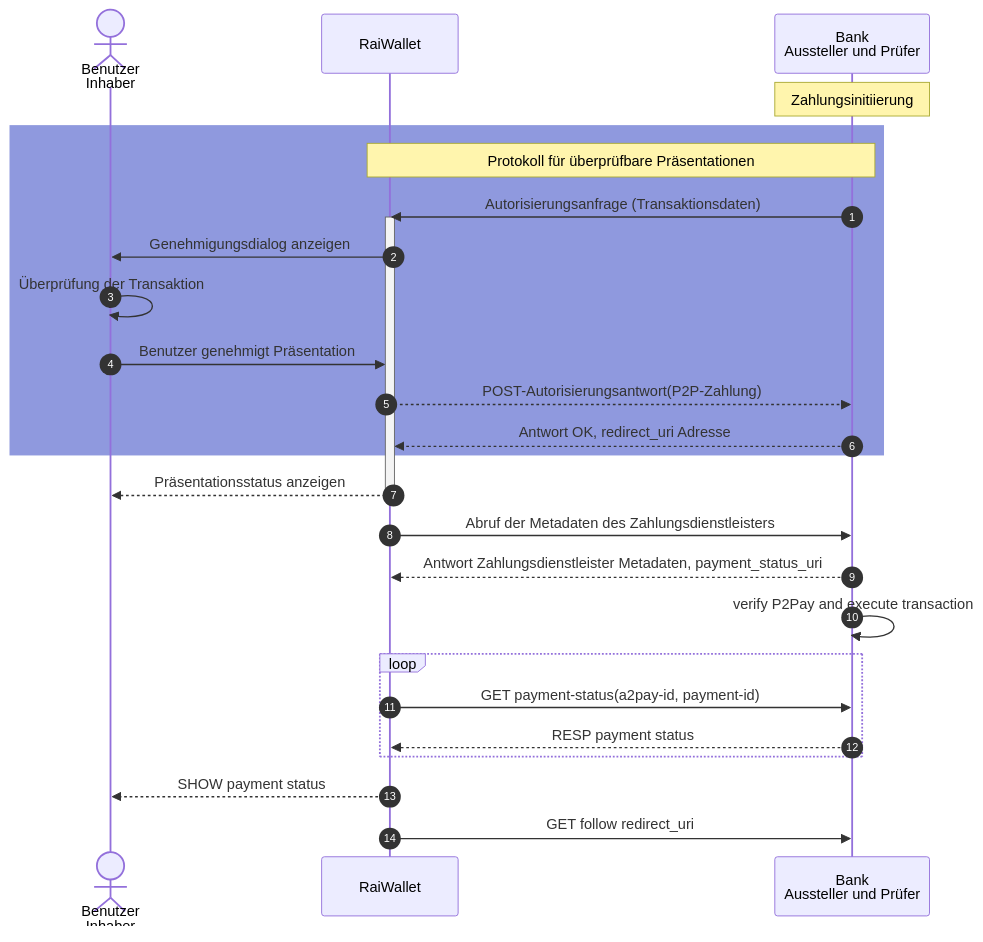
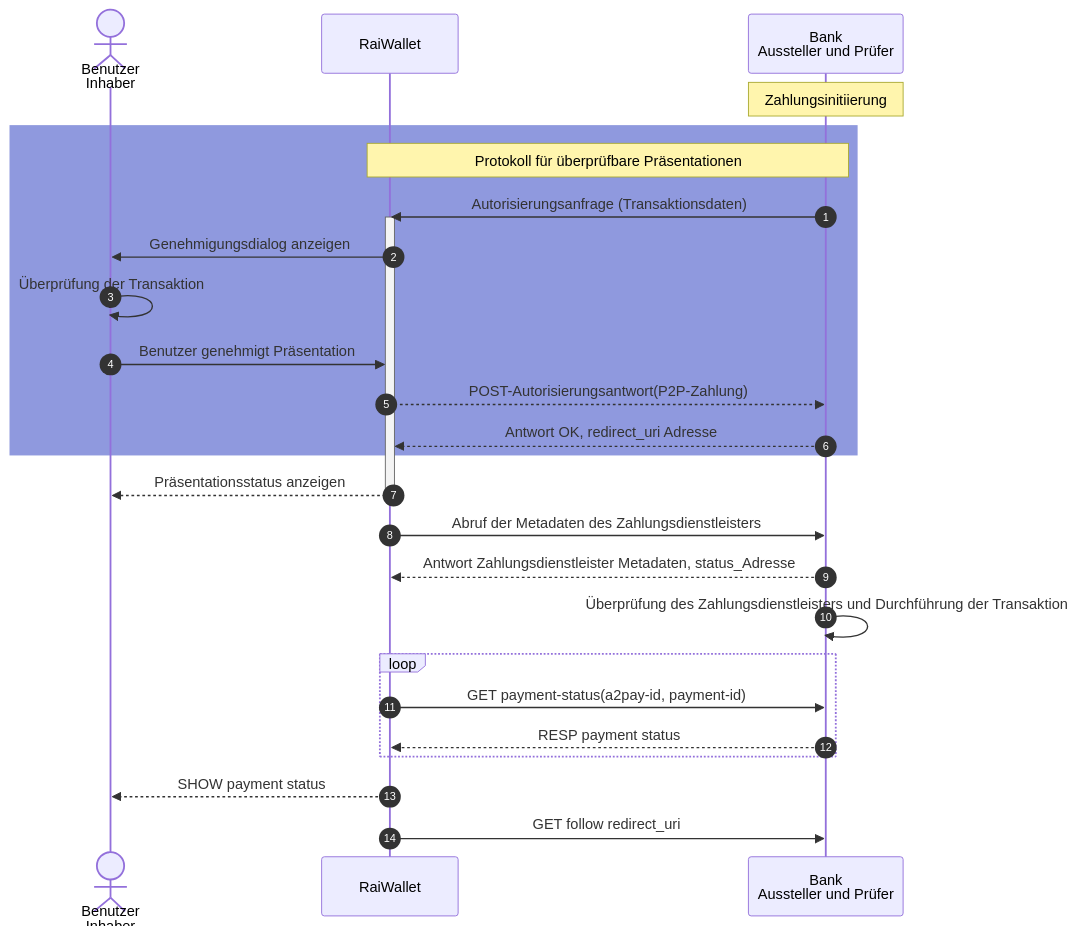
The diagram in readme.md (frogman/tomcat), drawn with Mermaid before and after one commit.

````diff
--- a/readme.md
+++ b/readme.md
@@ -1,33 +1,33 @@
 ```mermaid
 
 sequenceDiagram
     autonumber
     actor user as Benutzer<br/>Inhaber
     participant wallet as RaiWallet 
     participant psp as Bank<br/>Aussteller und Prüfer
 
     Note over psp: Zahlungsinitiierung
     rect rgb(143, 153, 222)
     note over wallet, psp: Protokoll für überprüfbare Präsentationen
     psp ->> wallet: Autorisierungsanfrage (Transaktionsdaten)
     activate wallet
     wallet ->> user: Genehmigungsdialog anzeigen
     user ->> user: Überprüfung der Transaktion
     user ->> wallet: Benutzer genehmigt Präsentation
     wallet -->> psp: POST-Autorisierungsantwort(P2P-Zahlung)
     psp -->> wallet: Antwort OK, redirect_uri Adresse
     end
     wallet -->> user: Präsentationsstatus anzeigen
     deactivate wallet
     wallet ->> psp: Abruf der Metadaten des Zahlungsdienstleisters
-    psp -->> wallet: Antwort Zahlungsdienstleister Metadaten, payment_status_uri
-    psp ->> psp: verify P2Pay and execute transaction
+    psp -->> wallet: Antwort Zahlungsdienstleister Metadaten, status_Adresse
+    psp ->> psp: Überprüfung des Zahlungsdienstleisters und Durchführung der Transaktion
     loop
     wallet ->> psp: GET payment-status(a2pay-id, payment-id)
 
     psp -->> wallet: RESP payment status 
     end
     wallet -->> user: SHOW payment status
     wallet ->> psp: GET follow redirect_uri
 
 ```
````
